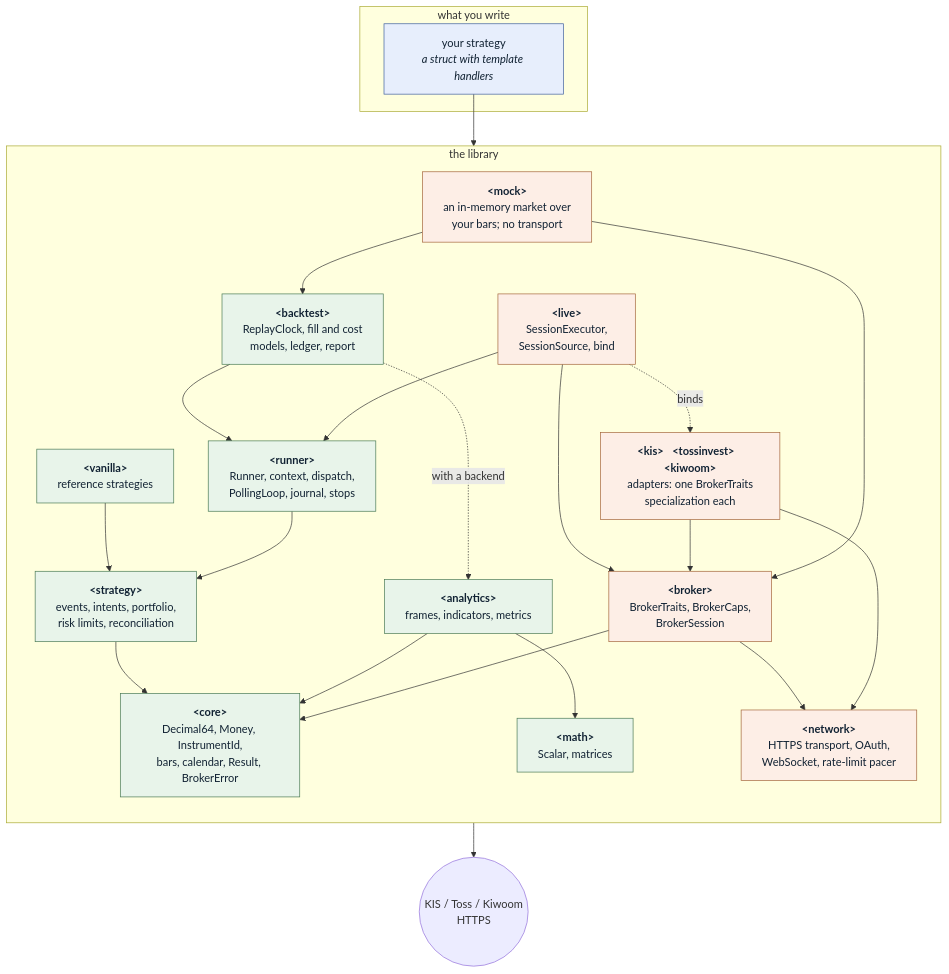
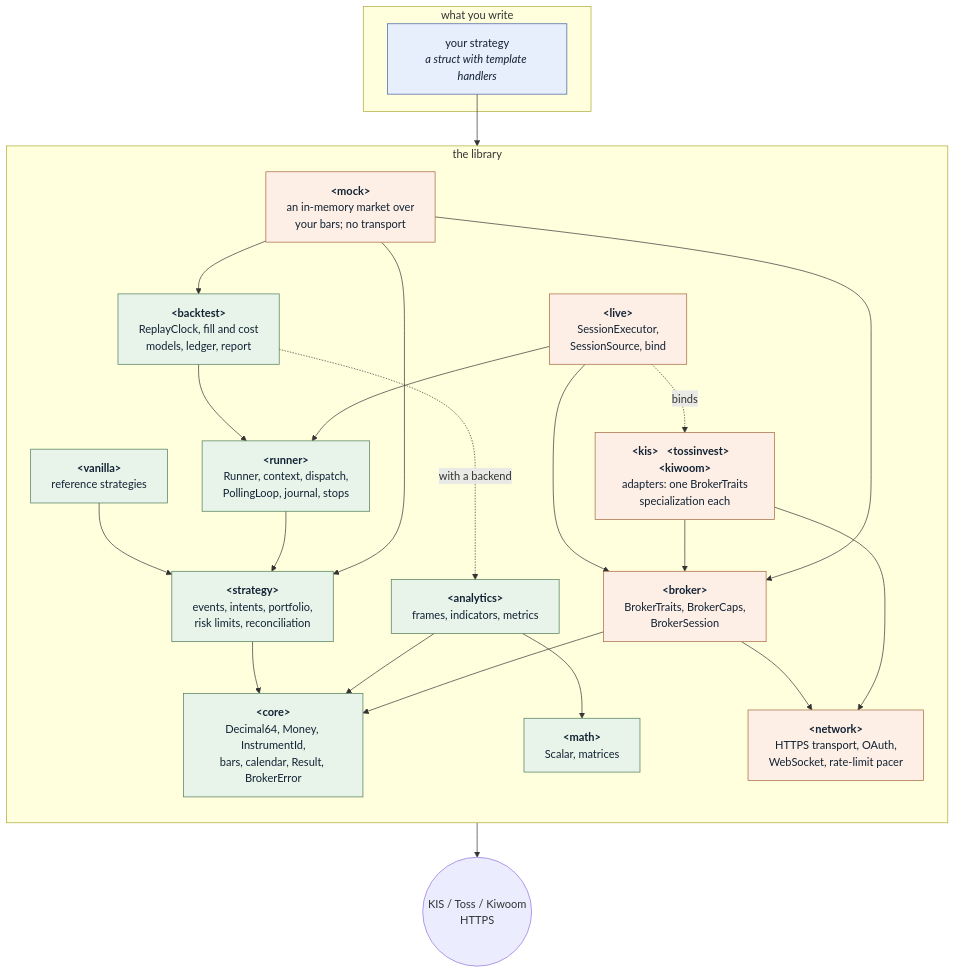
The first of 5 diagrams in doxygen/vignettes/architecture.md (algotradelib/algotradelib), drawn with Mermaid before and after one commit. The commit also changed 1 other file, not shown here.

Commit message:
docs: show the mock broker's dependency on strategy

````diff
--- a/doxygen/vignettes/architecture.md
+++ b/doxygen/vignettes/architecture.md
@@ -14,50 +14,51 @@
 ```mermaid
 graph TD
   subgraph W["what you write"]
     S["your strategy<br/><i>a struct with template handlers</i>"]
   end
 
   subgraph L["the library"]
     direction TB
     V["<b>&lt;vanilla&gt;</b><br/>reference strategies"]
     ST["<b>&lt;strategy&gt;</b><br/>events, intents, portfolio,<br/>risk limits, reconciliation"]
     RU["<b>&lt;runner&gt;</b><br/>Runner, context, dispatch,<br/>PollingLoop, journal, stops"]
     BT["<b>&lt;backtest&gt;</b><br/>ReplayClock, fill and cost<br/>models, ledger, report"]
     LV["<b>&lt;live&gt;</b><br/>SessionExecutor,<br/>SessionSource, bind"]
     AN["<b>&lt;analytics&gt;</b><br/>frames, indicators, metrics"]
     MA["<b>&lt;math&gt;</b><br/>Scalar, matrices"]
     BR["<b>&lt;broker&gt;</b><br/>BrokerTraits, BrokerCaps,<br/>BrokerSession"]
     CO["<b>&lt;core&gt;</b><br/>Decimal64, Money, InstrumentId,<br/>bars, calendar, Result, BrokerError"]
     NW["<b>&lt;network&gt;</b><br/>HTTPS transport, OAuth,<br/>WebSocket, rate-limit pacer"]
     KT["<b>&lt;kis&gt;</b> &nbsp; <b>&lt;tossinvest&gt;</b> &nbsp; <b>&lt;kiwoom&gt;</b><br/>adapters: one BrokerTraits<br/>specialization each"]
     MK["<b>&lt;mock&gt;</b><br/>an in-memory market over<br/>your bars; no transport"]
   end
 
   X(("KIS / Toss / Kiwoom<br/>HTTPS"))
 
   S --> ST
   V --> ST
   ST --> CO
   RU --> ST
   BT --> RU
   BT -. "with a backend" .-> AN
   LV --> RU
   LV --> BR
   AN --> MA
   AN --> CO
   BR --> CO
   BR --> NW
   KT --> BR
   KT --> NW
   MK --> BR
   MK --> BT
+  MK --> ST
   LV -.binds.-> KT
   NW --> X
 
   classDef pure fill:#e8f4ea,stroke:#4a7a55,color:#123
   classDef io fill:#fdeee6,stroke:#a4663c,color:#123
   classDef you fill:#e7eefc,stroke:#3f5f9e,color:#123
   class S you
   class V,ST,RU,BT,AN,MA,CO pure
   class BR,NW,KT,LV,MK io
 ```
````
